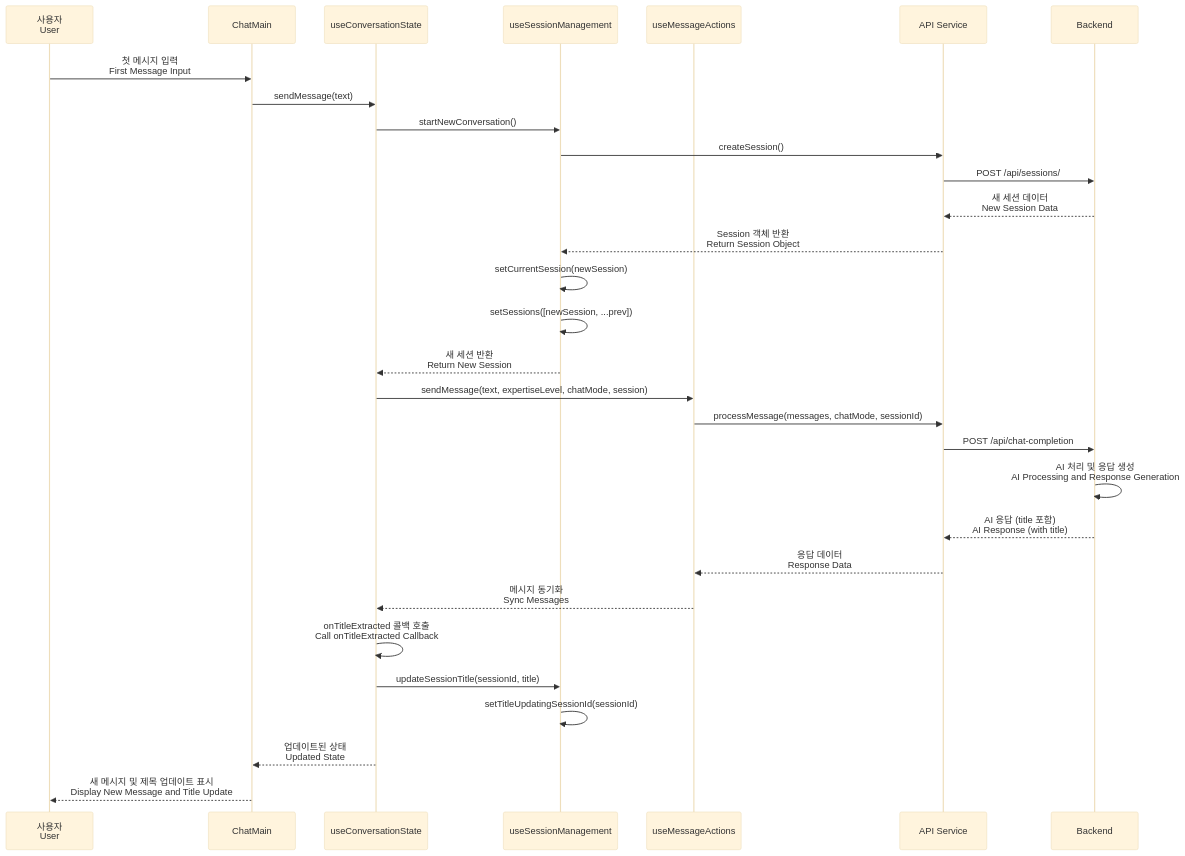
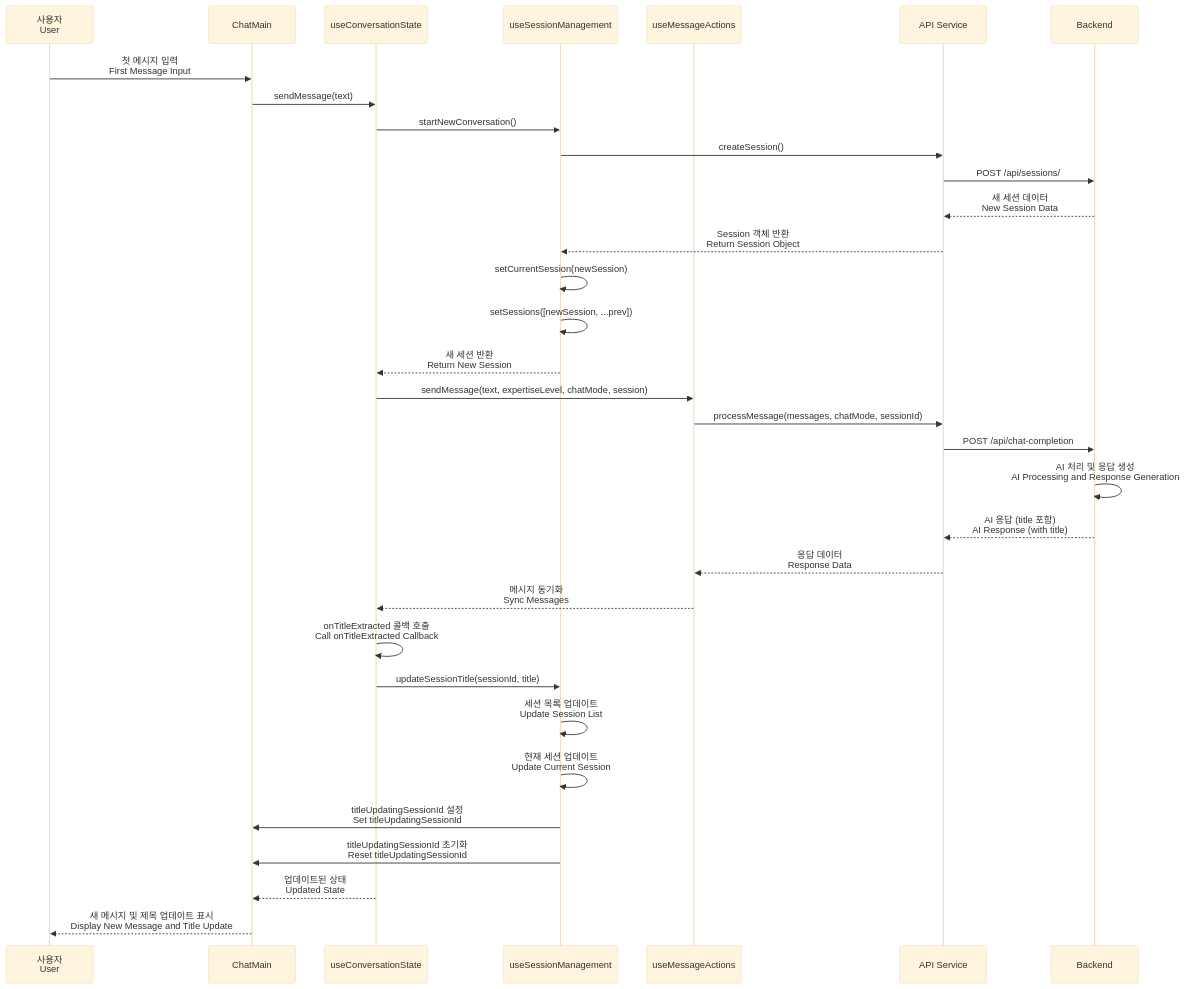
Before and after one commit to p0pular131/askspec-chat-assistant: diagram 13 of 23 in docs/design-specification.md, drawn with Mermaid (base theme). The commit also changed other lines of this file, not shown here.

First line of the commit message:
Add API call and error handling sequence diagrams

````diff
--- a/docs/design-specification.md
+++ b/docs/design-specification.md
@@ -528,36 +739,38 @@
 ```mermaid
 sequenceDiagram
     participant User as 사용자<br/>User
     participant UI as ChatMain
     participant State as useConversationState
     participant Session as useSessionManagement
     participant Message as useMessageActions
     participant API as API Service
     participant Backend as Backend
 
     User->>UI: 첫 메시지 입력<br/>First Message Input
     UI->>State: sendMessage(text)
     State->>Session: startNewConversation()
     Session->>API: createSession()
     API->>Backend: POST /api/sessions/
     Backend-->>API: 새 세션 데이터<br/>New Session Data
     API-->>Session: Session 객체 반환<br/>Return Session Object
     Session->>Session: setCurrentSession(newSession)
     Session->>Session: setSessions([newSession, ...prev])
     Session-->>State: 새 세션 반환<br/>Return New Session
     
     State->>Message: sendMessage(text, expertiseLevel, chatMode, session)
     Message->>API: processMessage(messages, chatMode, sessionId)
     API->>Backend: POST /api/chat-completion
     Backend->>Backend: AI 처리 및 응답 생성<br/>AI Processing and Response Generation
     Backend-->>API: AI 응답 (title 포함)<br/>AI Response (with title)
     API-->>Message: 응답 데이터<br/>Response Data
     Message-->>State: 메시지 동기화<br/>Sync Messages
     
     State->>State: onTitleExtracted 콜백 호출<br/>Call onTitleExtracted Callback
     State->>Session: updateSessionTitle(sessionId, title)
-    Session->>Session: setTitleUpdatingSessionId(sessionId)
-    
+    Session->>Session: 세션 목록 업데이트<br/>Update Session List
+    Session->>Session: 현재 세션 업데이트<br/>Update Current Session
+    Session->>UI: titleUpdatingSessionId 설정<br/>Set titleUpdatingSessionId
+    Session->>UI: titleUpdatingSessionId 초기화<br/>Reset titleUpdatingSessionId
     State-->>UI: 업데이트된 상태<br/>Updated State
     UI-->>User: 새 메시지 및 제목 업데이트 표시<br/>Display New Message and Title Update
 ```
````
